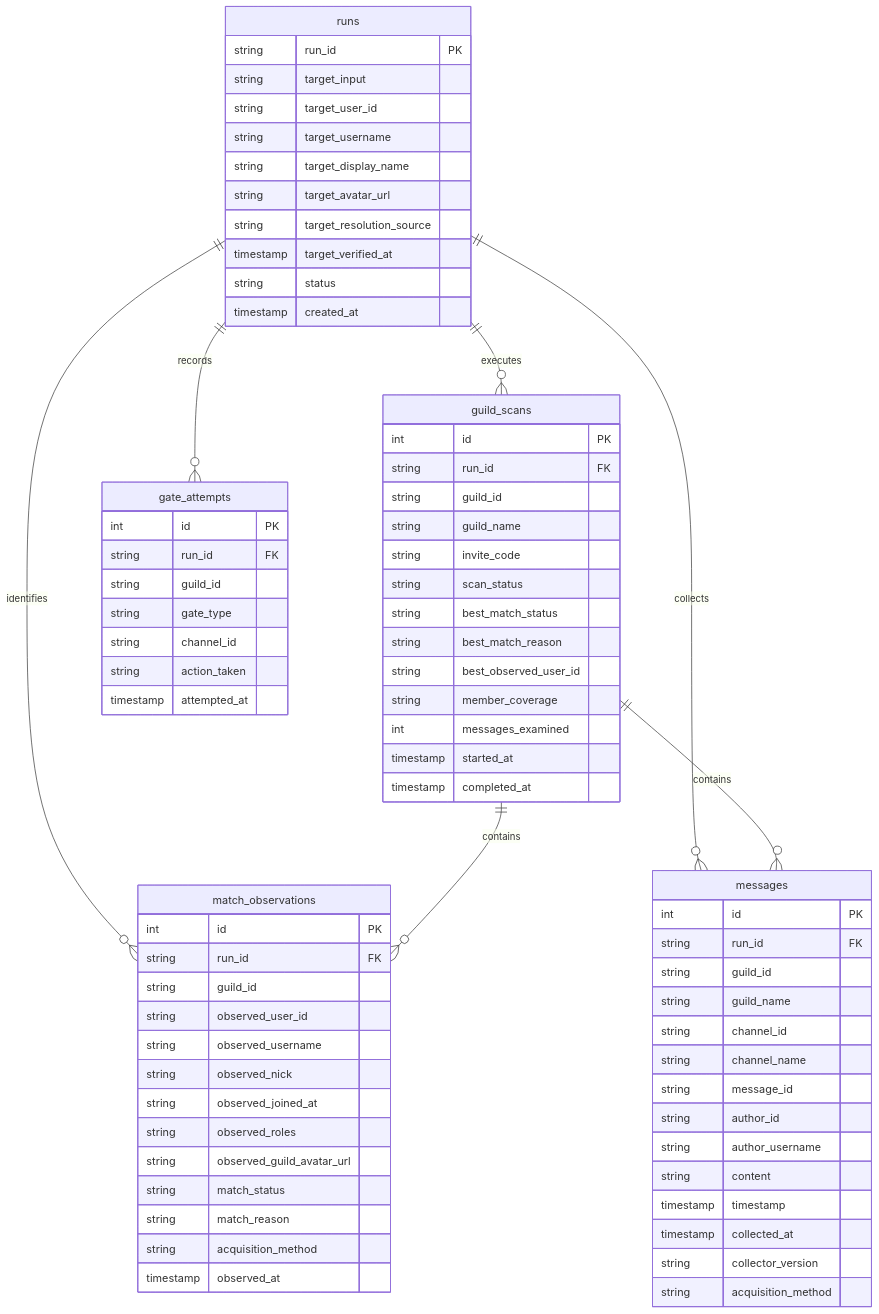
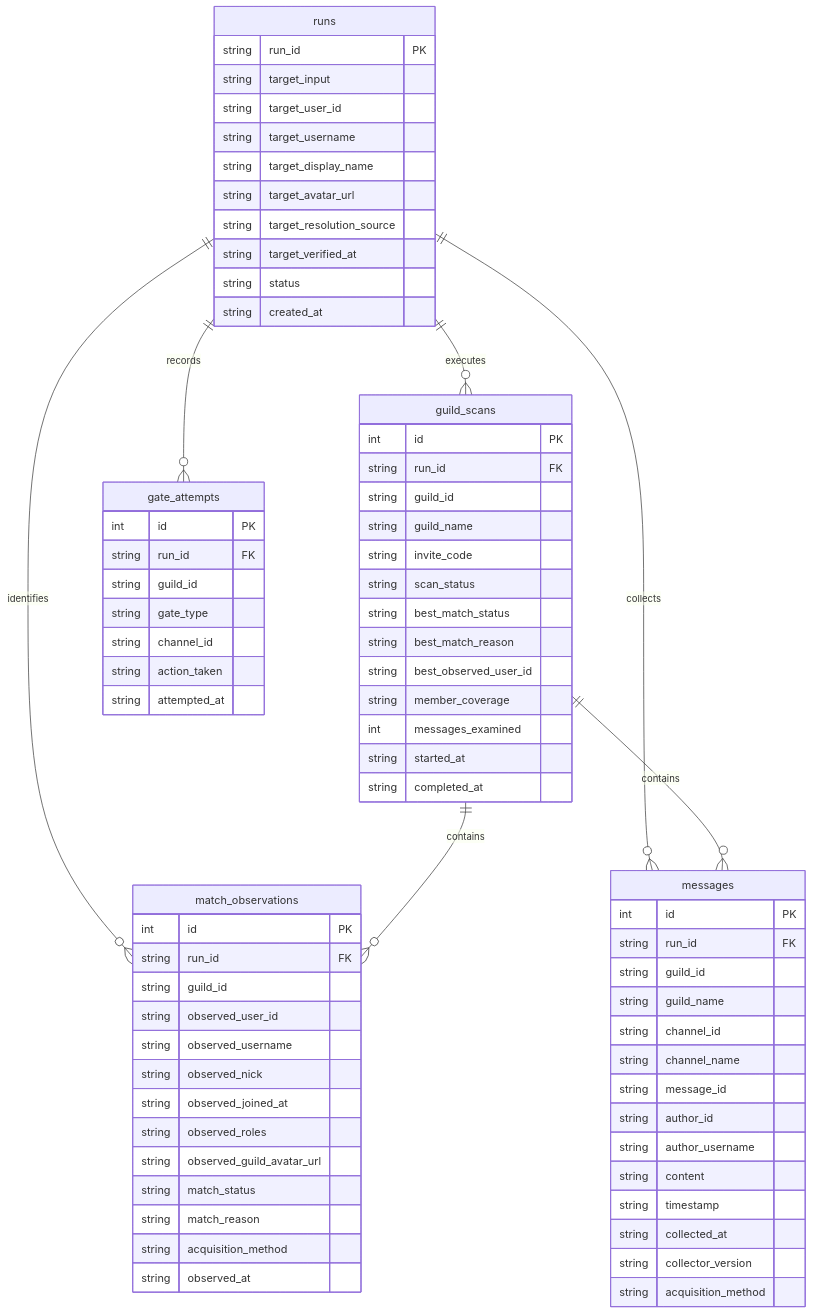
The sixth of 6 diagrams in README.md (Kingof3O/discord-osint), drawn with Mermaid before and after one commit. The commit also changed other lines of this file and 1 other file, not shown here.

Commit message:
fix(docs): resolve Mermaid syntax errors and escape parameters in diagrams

````diff
--- a/README.md
+++ b/README.md
@@ -302,81 +300,81 @@
 ```mermaid
 erDiagram
     runs ||--o{ guild_scans : "executes"
     runs ||--o{ match_observations : "identifies"
     runs ||--o{ messages : "collects"
     runs ||--o{ gate_attempts : "records"
     guild_scans ||--o{ match_observations : "contains"
     guild_scans ||--o{ messages : "contains"
 
     runs {
         string run_id PK
         string target_input
         string target_user_id
         string target_username
         string target_display_name
         string target_avatar_url
         string target_resolution_source
-        timestamp target_verified_at
+        string target_verified_at
         string status
-        timestamp created_at
+        string created_at
     }
 
     guild_scans {
         int id PK
         string run_id FK
         string guild_id
         string guild_name
         string invite_code
         string scan_status
         string best_match_status
         string best_match_reason
         string best_observed_user_id
         string member_coverage
         int messages_examined
-        timestamp started_at
-        timestamp completed_at
+        string started_at
+        string completed_at
     }
 
     match_observations {
         int id PK
         string run_id FK
         string guild_id
         string observed_user_id
         string observed_username
         string observed_nick
         string observed_joined_at
         string observed_roles
         string observed_guild_avatar_url
         string match_status
         string match_reason
         string acquisition_method
-        timestamp observed_at
+        string observed_at
     }
 
     messages {
         int id PK
         string run_id FK
         string guild_id
         string guild_name
         string channel_id
         string channel_name
         string message_id
         string author_id
         string author_username
         string content
-        timestamp timestamp
-        timestamp collected_at
+        string timestamp
+        string collected_at
         string collector_version
         string acquisition_method
     }
 
     gate_attempts {
         int id PK
         string run_id FK
         string guild_id
         string gate_type
         string channel_id
         string action_taken
-        timestamp attempted_at
+        string attempted_at
     }
 ```
````
